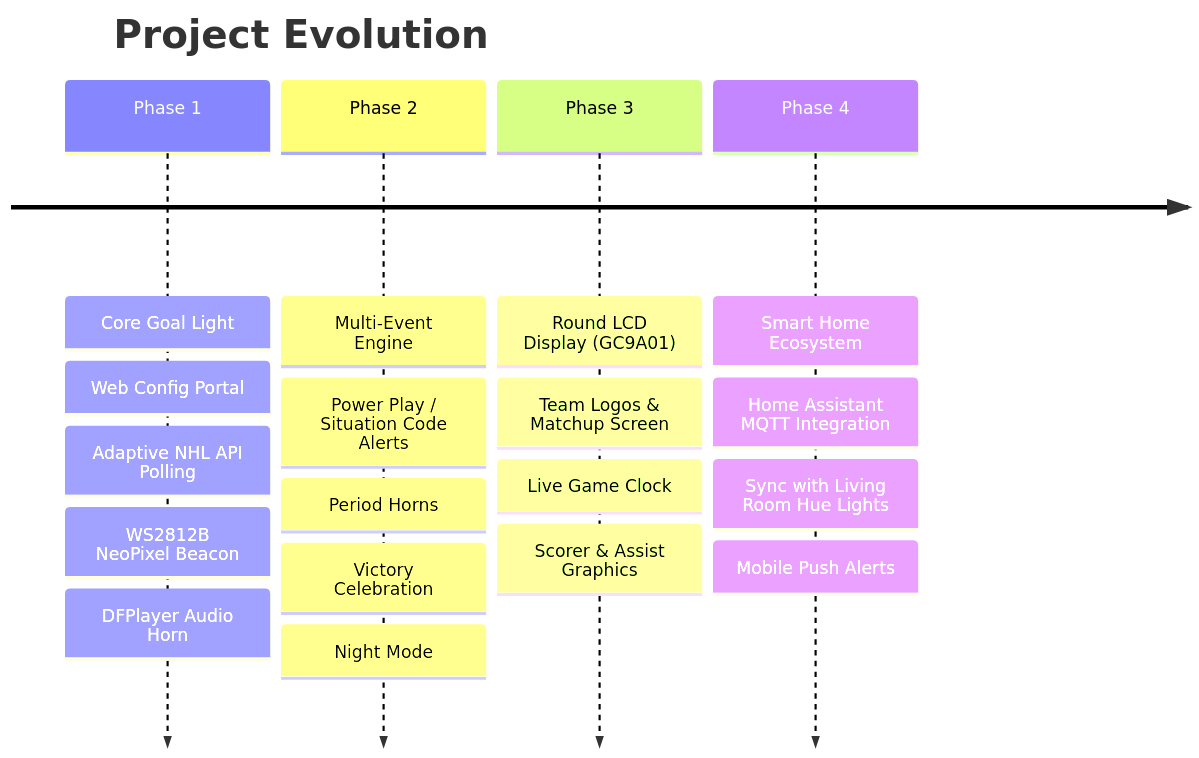
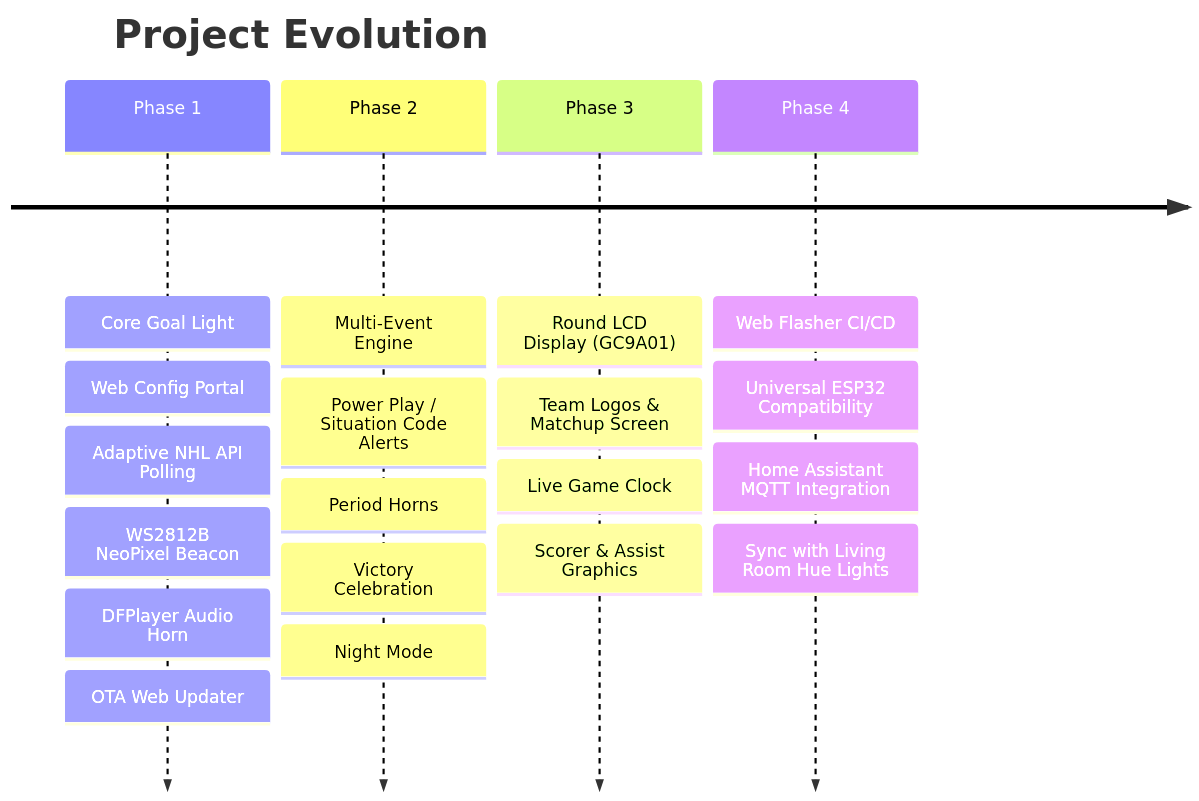
One commit to RevelRob/NHLGoalLight changed the diagram in ROADMAP.md. Above: the diagram before and after it, drawn with Mermaid. The commit also changed other lines of this file and 9 other files, not shown here.

Commit message:
Rename sketch to NHL_Goal_Light, add OTA updater, GitHub update checker, tab favicon, and deploy web flasher binaries

````diff
--- a/ROADMAP.md
+++ b/ROADMAP.md
@@ -9,8 +9,8 @@
 ```mermaid
 timeline
     title Project Evolution
-    Phase 1 : Core Goal Light : Web Config Portal : Adaptive NHL API Polling : WS2812B NeoPixel Beacon : DFPlayer Audio Horn
+    Phase 1 : Core Goal Light : Web Config Portal : Adaptive NHL API Polling : WS2812B NeoPixel Beacon : DFPlayer Audio Horn : OTA Web Updater
     Phase 2 : Multi-Event Engine : Power Play / Situation Code Alerts : Period Horns : Victory Celebration : Night Mode
     Phase 3 : Round LCD Display (GC9A01) : Team Logos & Matchup Screen : Live Game Clock : Scorer & Assist Graphics
-    Phase 4 : Smart Home Ecosystem : Home Assistant MQTT Integration : Sync with Living Room Hue Lights : Mobile Push Alerts
+    Phase 4 : Web Flasher CI/CD : Universal ESP32 Compatibility : Home Assistant MQTT Integration : Sync with Living Room Hue Lights
 ```
````
